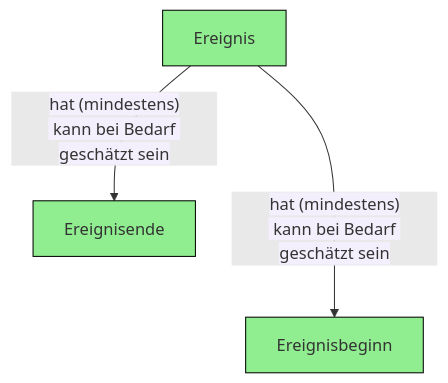
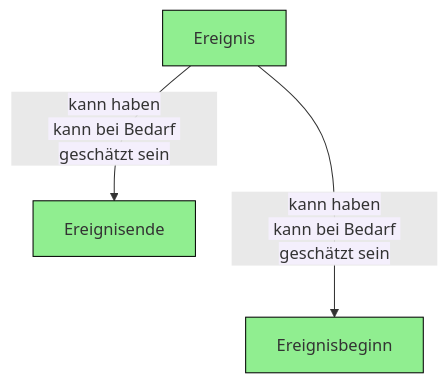
Before and after one commit to arkumu/arkumu.github.io: the ninth of 13 diagrams in ressourcen/entitaeten-und-attribute-des-datenmodells.markdown, drawn with Mermaid. The commit also changed other lines of this file and 1 other file, not shown here.

```diff
--- a/ressourcen/entitaeten-und-attribute-des-datenmodells.markdown
+++ b/ressourcen/entitaeten-und-attribute-des-datenmodells.markdown
@@ -233,8 +242,8 @@
 <pre class="mermaid">
 flowchart TB;
-    Ereignis-- <span style="background-color: #f4effc">hat (mindestens)\n kann bei Bedarf geschätzt sein</span> ---> Ereignisbeginn
-    Ereignis-- <span style="background-color: #f4effc">hat (mindestens)\n kann bei Bedarf geschätzt sein</span> --> Ereignisende
+    Ereignis-- <span style="background-color: #f4effc">kann haben\n kann bei Bedarf geschätzt sein</span> ---> Ereignisbeginn
+    Ereignis-- <span style="background-color: #f4effc">kann haben\n kann bei Bedarf geschätzt sein</span> --> Ereignisende
     style Ereignis fill:#90EE90, stroke:#000000;
     style Ereignisbeginn fill:#90EE90, stroke:#000000;
     style Ereignisende fill:#90EE90, stroke:#000000;
 </pre>
```
